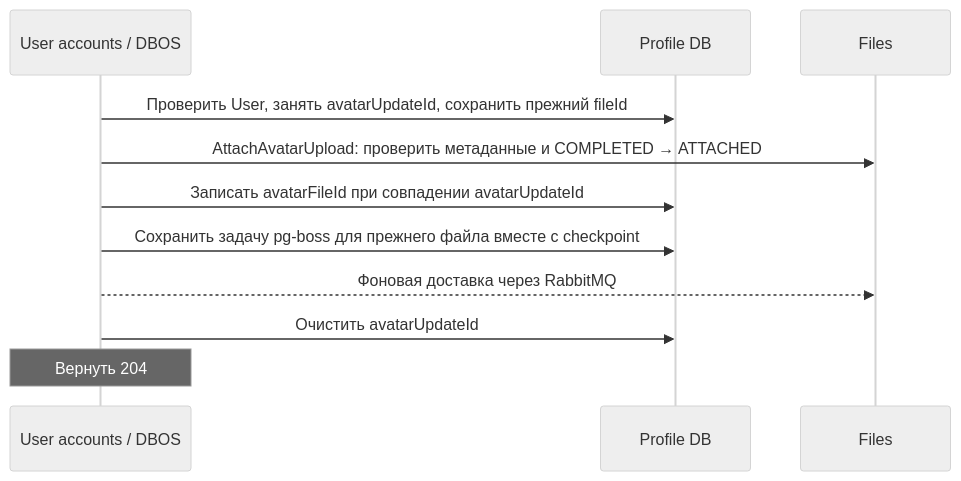
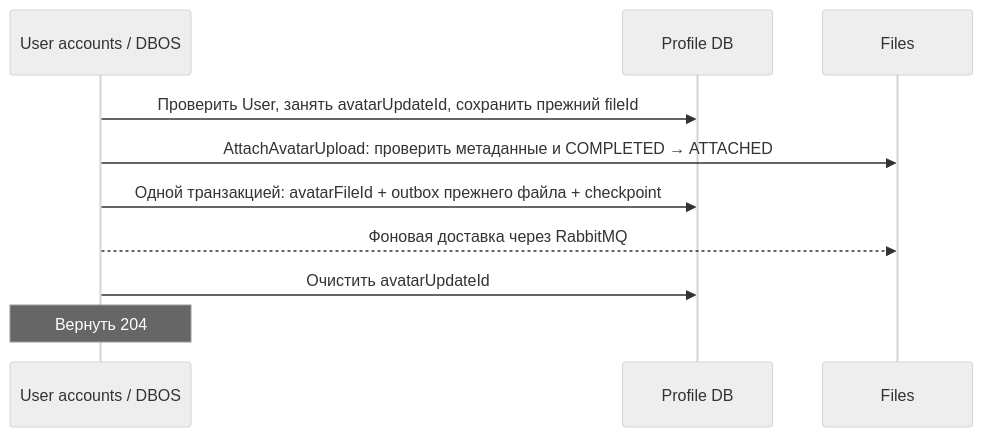
The diagram in docs/architecture/set-avatar.md (Inctargam/remarkgram-backend), drawn with Mermaid (neutral theme) before and after one commit. The commit also changed other lines of this file and 3 other files, not shown here.

Commit message:
docs(avatar): explain outbox delivery, RabbitMQ topology and recovery limits

````diff
--- a/docs/architecture/set-avatar.md
+++ b/docs/architecture/set-avatar.md
@@ -51,13 +51,12 @@
 ```mermaid
 sequenceDiagram
     participant UA as User accounts / DBOS
     participant Profile as Profile DB
     participant Files as Files
     UA->>Profile: Проверить User, занять avatarUpdateId, сохранить прежний fileId
     UA->>Files: AttachAvatarUpload: проверить метаданные и COMPLETED → ATTACHED
-    UA->>Profile: Записать avatarFileId при совпадении avatarUpdateId
-    UA->>Profile: Сохранить задачу pg-boss для прежнего файла вместе с checkpoint
+    UA->>Profile: Одной транзакцией: avatarFileId + outbox прежнего файла + checkpoint
     UA-->>Files: Фоновая доставка через RabbitMQ
     UA->>Profile: Очистить avatarUpdateId
     Note over UA: Вернуть 204
 ```
````
